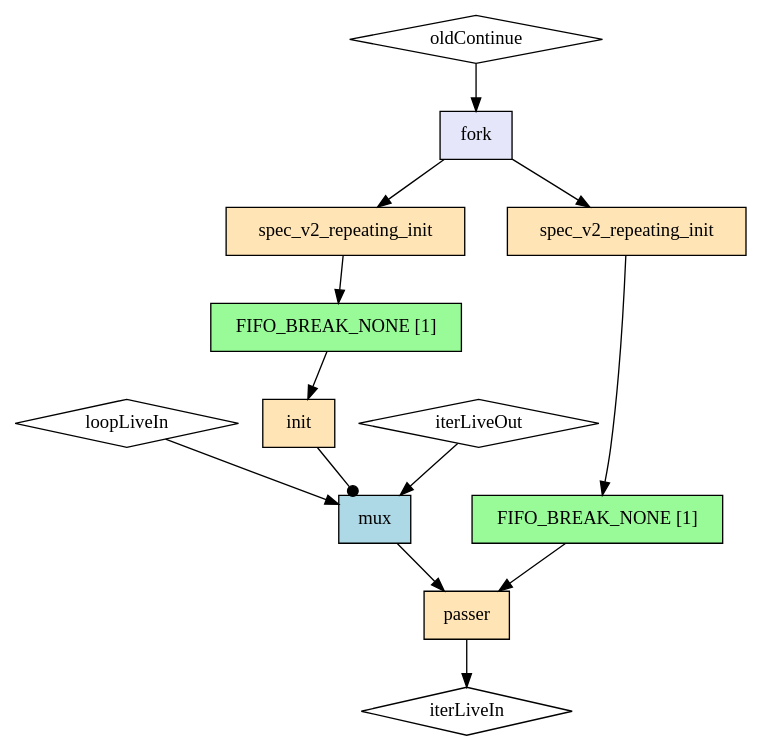
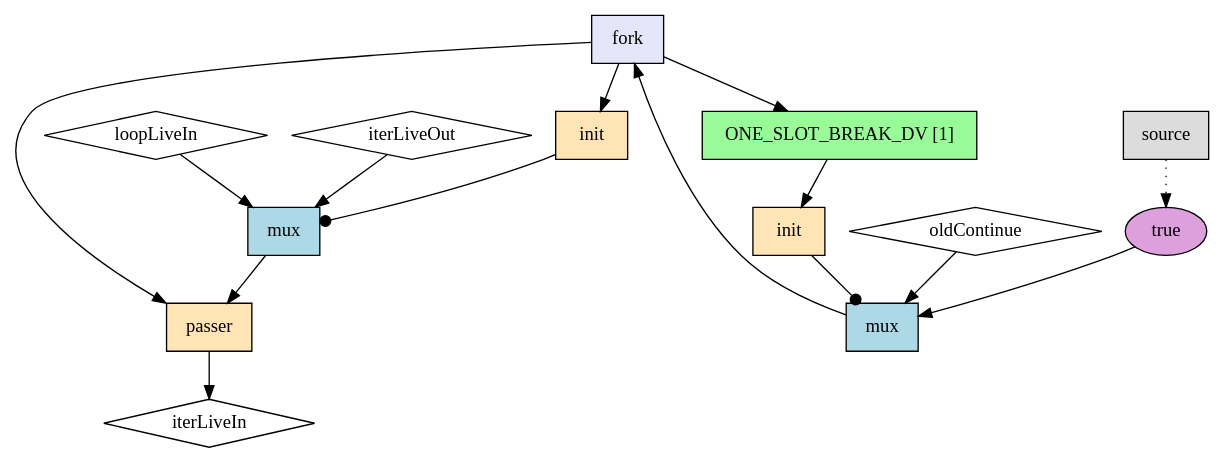
One commit to EPFL-LAP/dynamatic changed the diagram in experimental/tools/elastic-miter/out/sup_mux/rhs_reachability/model.dot. Above: the diagram before and after it, drawn with Graphviz. The commit also changed 640 other files, not shown here.

```diff
--- a/experimental/tools/elastic-miter/out/sup_mux/rhs_reachability/model.dot
+++ b/experimental/tools/elastic-miter/out/sup_mux/rhs_reachability/model.dot
@@ -1,28 +1,31 @@
 Digraph G {
   splines=spline
   compound=true
   "loopLiveIn" ["style"="solid", "shape"="diamond", "label"="loopLiveIn", "mlir_op"="handshake.func"]
   "iterLiveOut" ["style"="solid", "shape"="diamond", "label"="iterLiveOut", "mlir_op"="handshake.func"]
   "oldContinue" ["style"="solid", "shape"="diamond", "label"="oldContinue", "mlir_op"="handshake.func"]
   "iterLiveIn" ["style"="solid", "shape"="diamond", "label"="iterLiveIn", "mlir_op"="handshake.func"]
+  "source" ["style"="filled", "fillcolor"="gainsboro", "shape"="box", "label"="source", "mlir_op"="handshake.source"]
+  "constant" ["style"="filled", "fillcolor"="plum", "shape"="oval", "label"="true", "mlir_op"="handshake.constant"]
+  "ctrl_mux" ["style"="filled", "fillcolor"="lightblue", "shape"="box", "label"="mux", "mlir_op"="handshake.mux"]
   "fork_continue" ["style"="filled", "fillcolor"="lavender", "shape"="box", "label"="fork", "mlir_op"="handshake.fork"]
-  "ri1" ["style"="filled", "fillcolor"="moccasin", "shape"="box", "label"="spec_v2_repeating_init", "mlir_op"="handshake.spec_v2_repeating_init"]
-  "buffer1" ["style"="filled", "fillcolor"="palegreen", "shape"="box", "label"="FIFO_BREAK_NONE [1]", "mlir_op"="handshake.buffer"]
   "newInit" ["style"="filled", "fillcolor"="moccasin", "shape"="box", "label"="init", "mlir_op"="handshake.init"]
+  "buff" ["style"="filled", "fillcolor"="palegreen", "shape"="box", "label"="ONE_SLOT_BREAK_DV [1]", "mlir_op"="handshake.buffer"]
+  "newInit2" ["style"="filled", "fillcolor"="moccasin", "shape"="box", "label"="init", "mlir_op"="handshake.init"]
   "data_mux" ["style"="filled", "fillcolor"="lightblue", "shape"="box", "label"="mux", "mlir_op"="handshake.mux"]
-  "ri2" ["style"="filled", "fillcolor"="moccasin", "shape"="box", "label"="spec_v2_repeating_init", "mlir_op"="handshake.spec_v2_repeating_init"]
-  "buffer2" ["style"="filled", "fillcolor"="palegreen", "shape"="box", "label"="FIFO_BREAK_NONE [1]", "mlir_op"="handshake.buffer"]
   "passer" ["style"="filled", "fillcolor"="moccasin", "shape"="box", "label"="passer", "mlir_op"="handshake.passer"]
   "loopLiveIn" -> "data_mux" ["dir"="both", "style"="solid", "arrowhead"="normal", "from_idx"="0", "to"="ins_0", "arrowtail"="none", "from"="loopLiveIn", "to_idx"="1"]
   "iterLiveOut" -> "data_mux" ["dir"="both", "style"="solid", "arrowhead"="normal", "from_idx"="1", "to"="ins_1", "arrowtail"="none", "from"="iterLiveOut", "to_idx"="2"]
-  "oldContinue" -> "fork_continue" ["dir"="both", "style"="solid", "arrowhead"="normal", "from_idx"="2", "to"="ins", "arrowtail"="none", "from"="oldContinue", "to_idx"="0"]
-  "fork_continue" -> "ri1" ["dir"="both", "style"="solid", "arrowhead"="normal", "from_idx"="0", "to"="ins", "arrowtail"="none", "from"="outs_0", "to_idx"="0"]
-  "fork_continue" -> "ri2" ["dir"="both", "style"="solid", "arrowhead"="normal", "from_idx"="1", "to"="ins", "arrowtail"="none", "from"="outs_1", "to_idx"="0"]
-  "ri1" -> "buffer1" ["dir"="both", "style"="solid", "arrowhead"="normal", "from_idx"="0", "to"="ins", "arrowtail"="none", "from"="outs", "to_idx"="0"]
-  "buffer1" -> "newInit" ["dir"="both", "style"="solid", "arrowhead"="normal", "from_idx"="0", "to"="ins", "arrowtail"="none", "from"="outs", "to_idx"="0"]
+  "oldContinue" -> "ctrl_mux" ["dir"="both", "style"="solid", "arrowhead"="normal", "from_idx"="2", "to"="ins_1", "arrowtail"="none", "from"="oldContinue", "to_idx"="2"]
+  "source" -> "constant" ["dir"="both", "style"="dotted", "arrowhead"="normal", "from_idx"="0", "to"="ctrl", "arrowtail"="none", "from"="outs", "to_idx"="0"]
+  "constant" -> "ctrl_mux" ["dir"="both", "style"="solid", "arrowhead"="normal", "from_idx"="0", "to"="ins_0", "arrowtail"="none", "from"="outs", "to_idx"="1"]
+  "ctrl_mux" -> "fork_continue" ["dir"="both", "style"="solid", "arrowhead"="normal", "from_idx"="0", "to"="ins", "arrowtail"="none", "from"="outs", "to_idx"="0"]
+  "fork_continue" -> "newInit" ["dir"="both", "style"="solid", "arrowhead"="normal", "from_idx"="0", "to"="ins", "arrowtail"="none", "from"="outs_0", "to_idx"="0"]
+  "fork_continue" -> "buff" ["dir"="both", "style"="solid", "arrowhead"="normal", "from_idx"="1", "to"="ins", "arrowtail"="none", "from"="outs_1", "to_idx"="0"]
+  "fork_continue" -> "passer" ["dir"="both", "style"="solid", "arrowhead"="normal", "from_idx"="2", "to"="ctrl", "arrowtail"="none", "from"="outs_2", "to_idx"="1"]
   "newInit" -> "data_mux" ["dir"="both", "style"="solid", "arrowhead"="dot", "from_idx"="0", "to"="index", "arrowtail"="none", "from"="outs", "to_idx"="0"]
+  "buff" -> "newInit2" ["dir"="both", "style"="solid", "arrowhead"="normal", "from_idx"="0", "to"="ins", "arrowtail"="none", "from"="outs", "to_idx"="0"]
+  "newInit2" -> "ctrl_mux" ["dir"="both", "style"="solid", "arrowhead"="dot", "from_idx"="0", "to"="index", "arrowtail"="none", "from"="outs", "to_idx"="0"]
   "data_mux" -> "passer" ["dir"="both", "style"="solid", "arrowhead"="normal", "from_idx"="0", "to"="data", "arrowtail"="none", "from"="outs", "to_idx"="0"]
-  "ri2" -> "buffer2" ["dir"="both", "style"="solid", "arrowhead"="normal", "from_idx"="0", "to"="ins", "arrowtail"="none", "from"="outs", "to_idx"="0"]
-  "buffer2" -> "passer" ["dir"="both", "style"="solid", "arrowhead"="normal", "from_idx"="0", "to"="ctrl", "arrowtail"="none", "from"="outs", "to_idx"="1"]
   "passer" -> "iterLiveIn" ["dir"="both", "style"="solid", "arrowhead"="normal", "from_idx"="0", "to"="iterLiveIn", "arrowtail"="none", "from"="result", "to_idx"="0"]
 }
```
